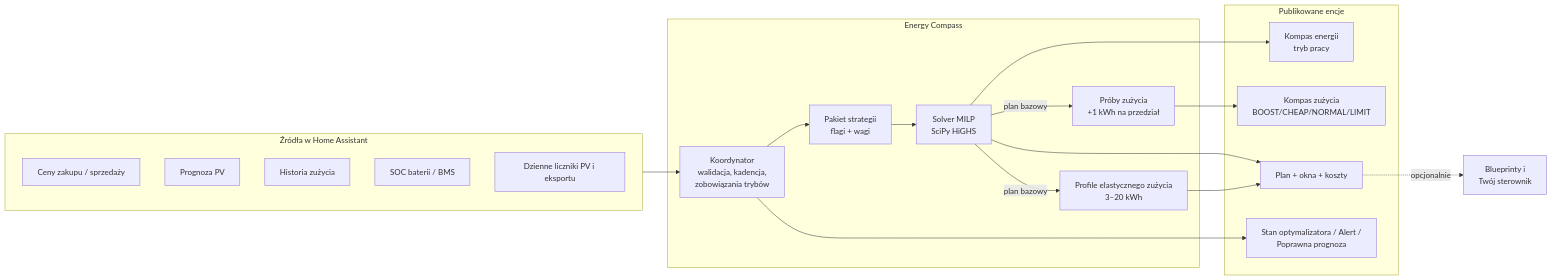
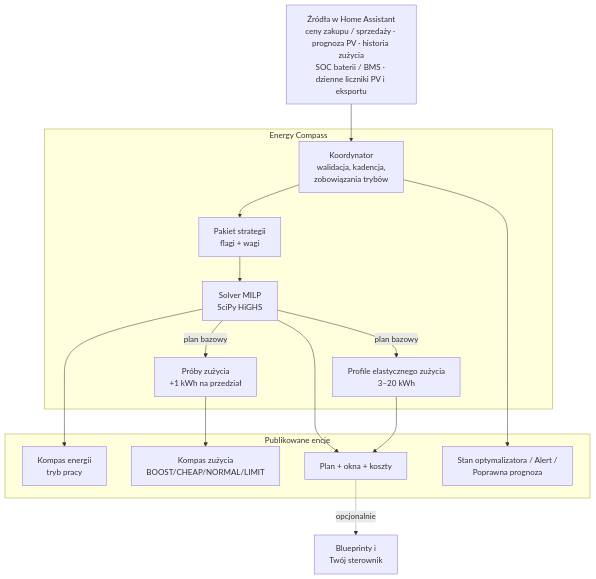
Before and after one commit to marino39/ha-energy-compass: the first of 11 diagrams in docs/guide.pl.md, drawn with Mermaid. The commit also changed 53 other files, not shown here.

````diff
--- a/docs/guide.pl.md
+++ b/docs/guide.pl.md
@@ -29,33 +29,27 @@
 ```mermaid
-flowchart LR
-    subgraph Sources["Źródła w Home Assistant"]
-        P[Ceny zakupu / sprzedaży]
-        PV[Prognoza PV]
-        L[Historia zużycia]
-        B[SOC baterii / BMS]
-        D[Dzienne liczniki PV i eksportu]
-    end
+flowchart TB
+    SRC[Źródła w Home Assistant<br/>ceny zakupu / sprzedaży · prognoza PV · historia zużycia<br/>SOC baterii / BMS · dzienne liczniki PV i eksportu]
     subgraph Engine["Energy Compass"]
         C[Koordynator<br/>walidacja, kadencja,<br/>zobowiązania trybów]
         S[Pakiet strategii<br/>flagi + wagi]
         O[Solver MILP<br/>SciPy HiGHS]
         K[Próby zużycia<br/>+1 kWh na przedział]
         F[Profile elastycznego zużycia<br/>3–20 kWh]
     end
     subgraph Out["Publikowane encje"]
         E1[Kompas energii<br/>tryb pracy]
         E2[Kompas zużycia<br/>BOOST/CHEAP/NORMAL/LIMIT]
         E3[Plan + okna + koszty]
         E4[Stan optymalizatora / Alert /<br/>Poprawna prognoza]
     end
-    Sources --> C
+    SRC --> C
     C --> S --> O
     O -->|plan bazowy| K
     O -->|plan bazowy| F
     O --> E1
     K --> E2
     O --> E3
     F --> E3
     C --> E4
     E3 -.->|opcjonalnie| BP[Blueprinty i<br/>Twój sterownik]
 ```
````
